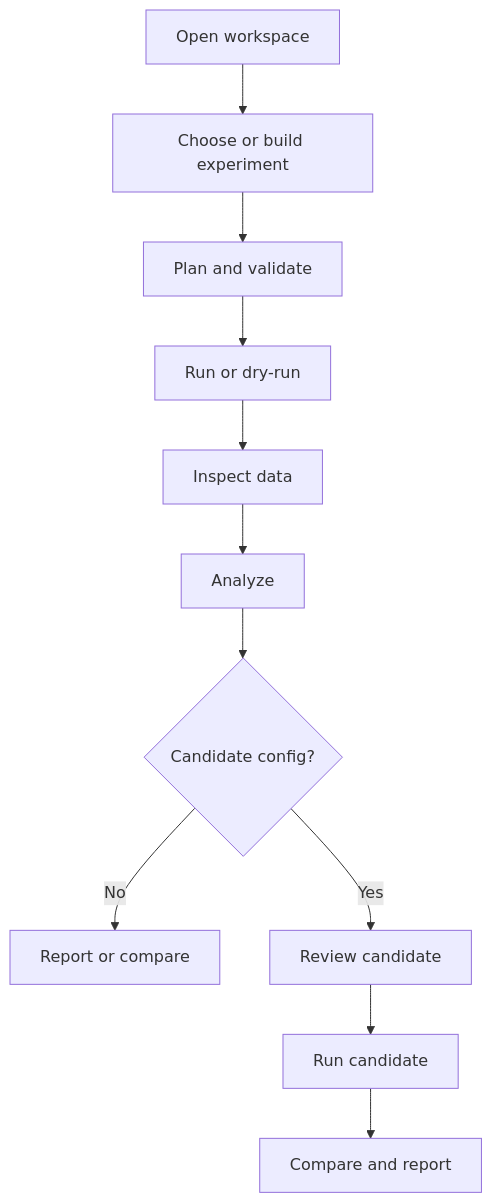
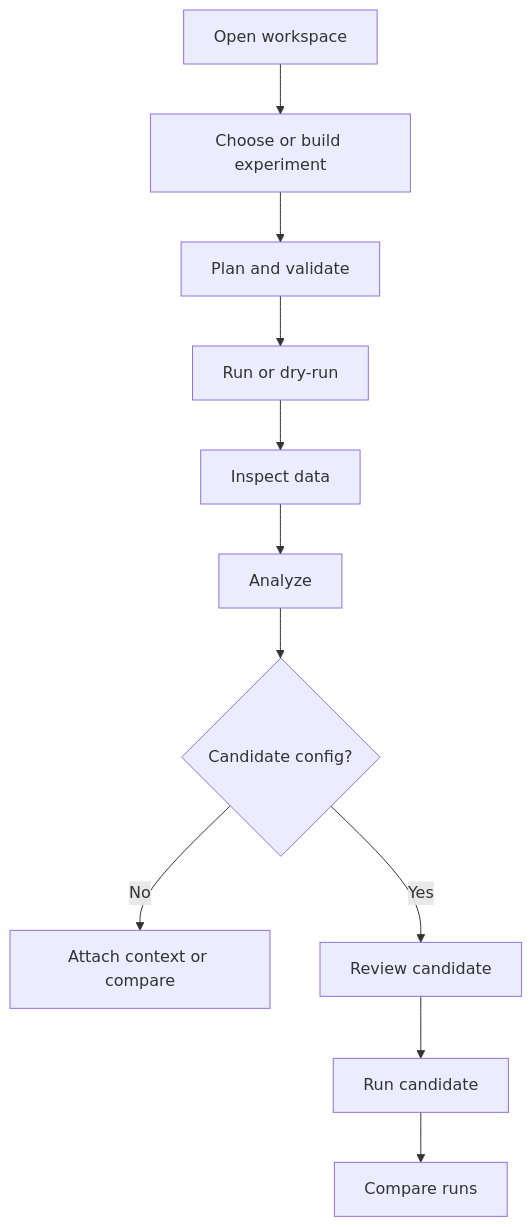
Before and after one commit to kahojyun/scopecat: the diagram in docs/experiment-workflow.md, drawn with Mermaid. The commit also changed other lines of this file and 47 other files, not shown here.

````diff
--- a/docs/experiment-workflow.md
+++ b/docs/experiment-workflow.md
@@ -26,13 +26,13 @@
 ```mermaid
 flowchart TD
     A["Open workspace"] --> B["Choose or build experiment"]
     B --> C["Plan and validate"]
     C --> D["Run or dry-run"]
     D --> E["Inspect data"]
     E --> F["Analyze"]
     F --> G{"Candidate config?"}
-    G -->|No| H["Report or compare"]
+    G -->|No| H["Attach context or compare"]
     G -->|Yes| I["Review candidate"]
     I --> J["Run candidate"]
-    J --> K["Compare and report"]
+    J --> K["Compare runs"]
 ```
````
